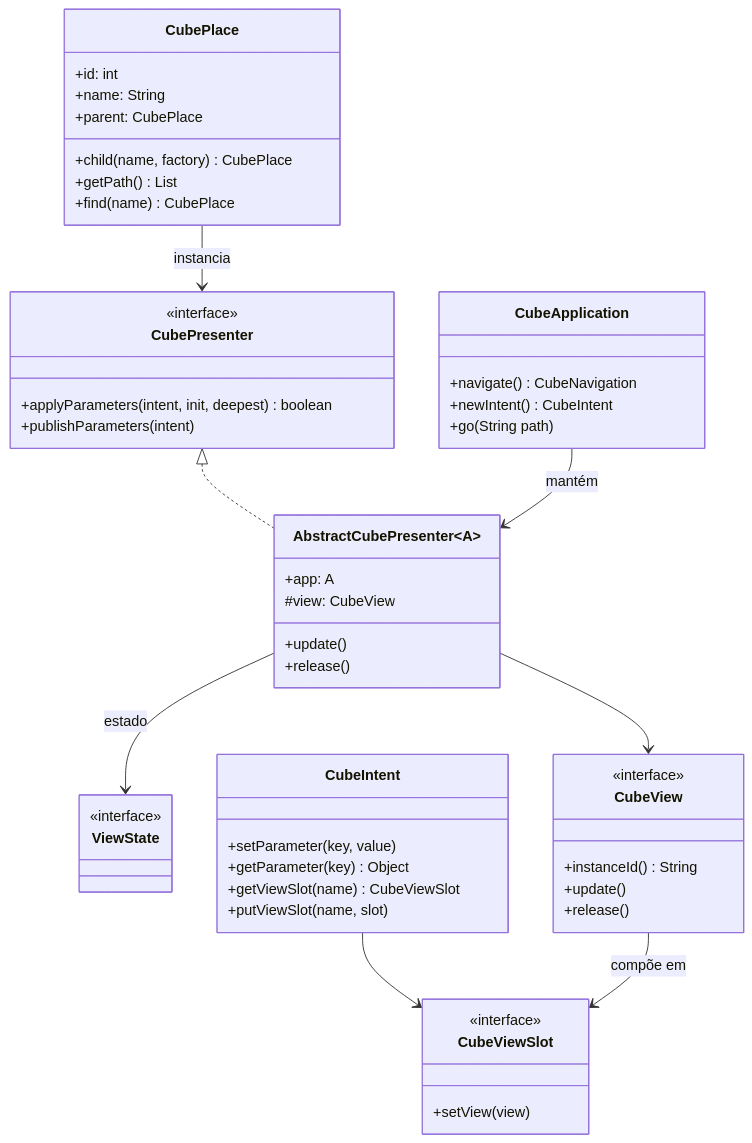
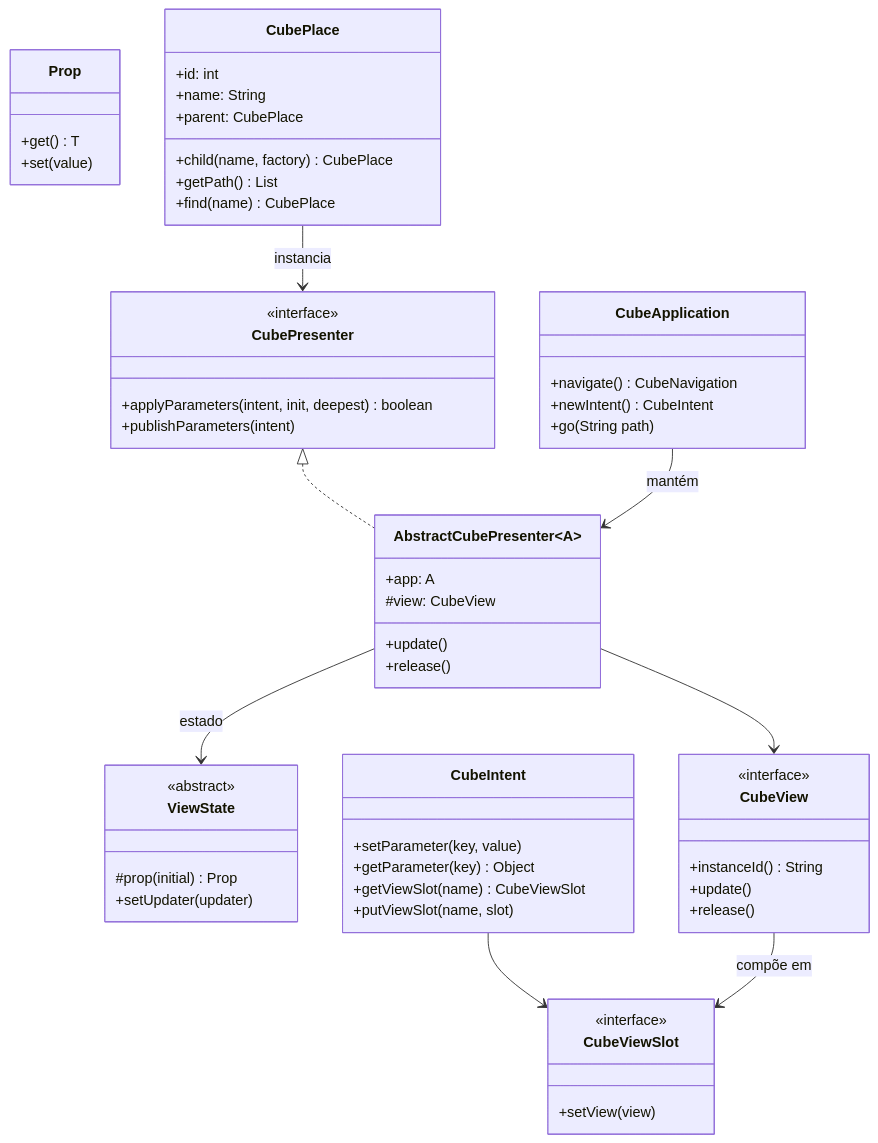
Before and after one commit to mrcdom/wdc-cube-java-v2: the third of 4 diagrams in docs/cube-mvp-arquitetura-multiplataforma.md, drawn with Mermaid. The commit also changed other lines of this file and 65 other files, not shown here.

First line of the commit message:
✨ [FEATURE] ViewState observado: campos Prop pedem o redesenho no set

````diff
--- a/docs/cube-mvp-arquitetura-multiplataforma.md
+++ b/docs/cube-mvp-arquitetura-multiplataforma.md
@@ -351,61 +351,68 @@
 ```mermaid
 classDiagram
     class CubeApplication {
         +navigate() CubeNavigation
         +newIntent() CubeIntent
         +go(String path)
     }
 
     class CubePresenter {
         <<interface>>
         +applyParameters(intent, init, deepest) boolean
         +publishParameters(intent)
     }
 
     class AbstractCubePresenter~A~ {
         +app: A
         #view: CubeView
         +update()
         +release()
     }
 
     class ViewState {
-        <<interface>>
+        <<abstract>>
+        #prop(initial) Prop
+        +setUpdater(updater)
+    }
+
+    class Prop {
+        +get() T
+        +set(value)
     }
 
     class CubeView {
         <<interface>>
         +instanceId() String
         +update()
         +release()
     }
 
     class CubeViewSlot {
         <<interface>>
         +setView(view)
     }
 
     class CubePlace {
         +id: int
         +name: String
         +parent: CubePlace
         +child(name, factory) CubePlace
         +getPath() List
         +find(name) CubePlace
     }
 
     class CubeIntent {
         +setParameter(key, value)
         +getParameter(key) Object
         +getViewSlot(name) CubeViewSlot
         +putViewSlot(name, slot)
     }
 
     CubePresenter <|.. AbstractCubePresenter
     AbstractCubePresenter --> CubeView
     AbstractCubePresenter --> ViewState : estado
     CubePlace --> CubePresenter : instancia
     CubeIntent --> CubeViewSlot
     CubeView --> CubeViewSlot : compõe em
     CubeApplication --> AbstractCubePresenter : mantém
 ```
````
